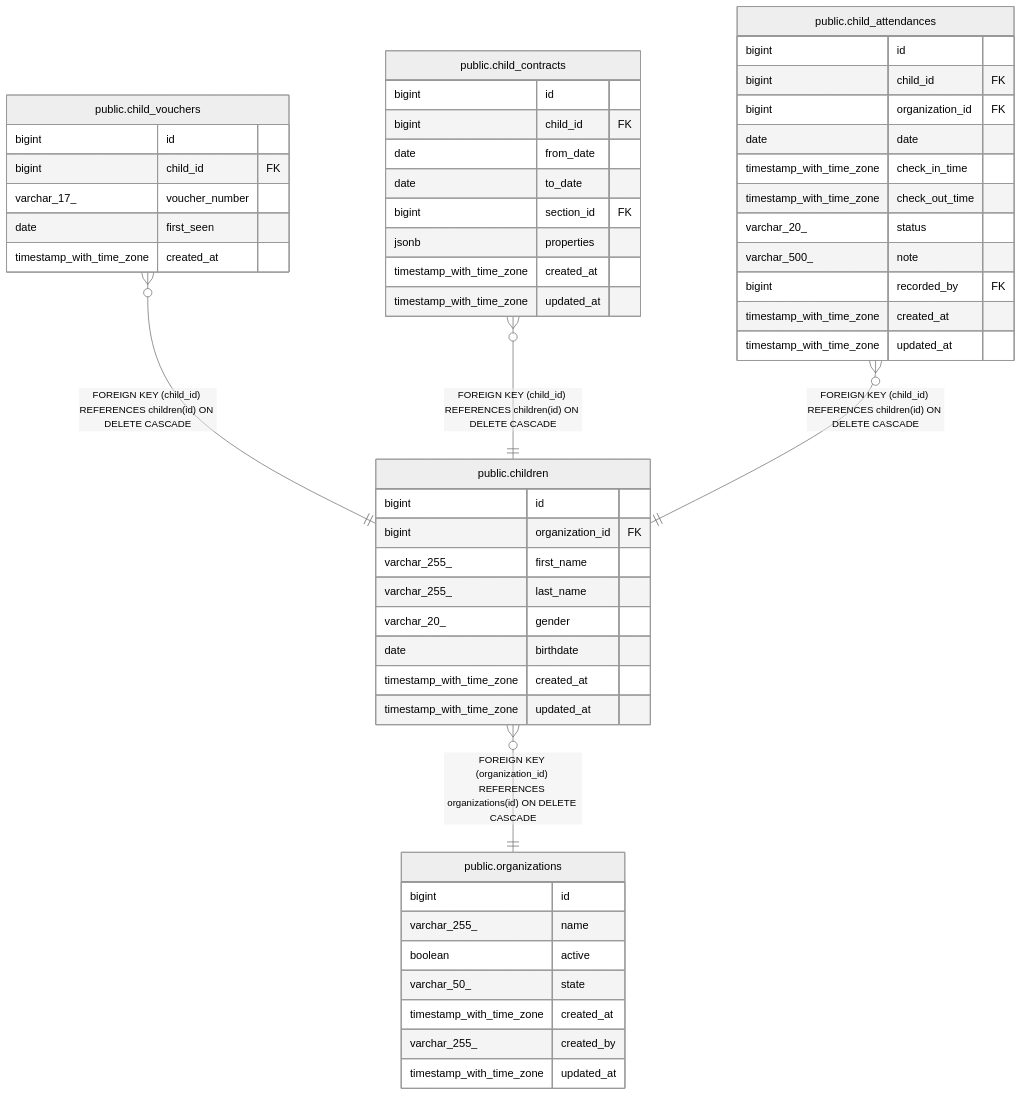
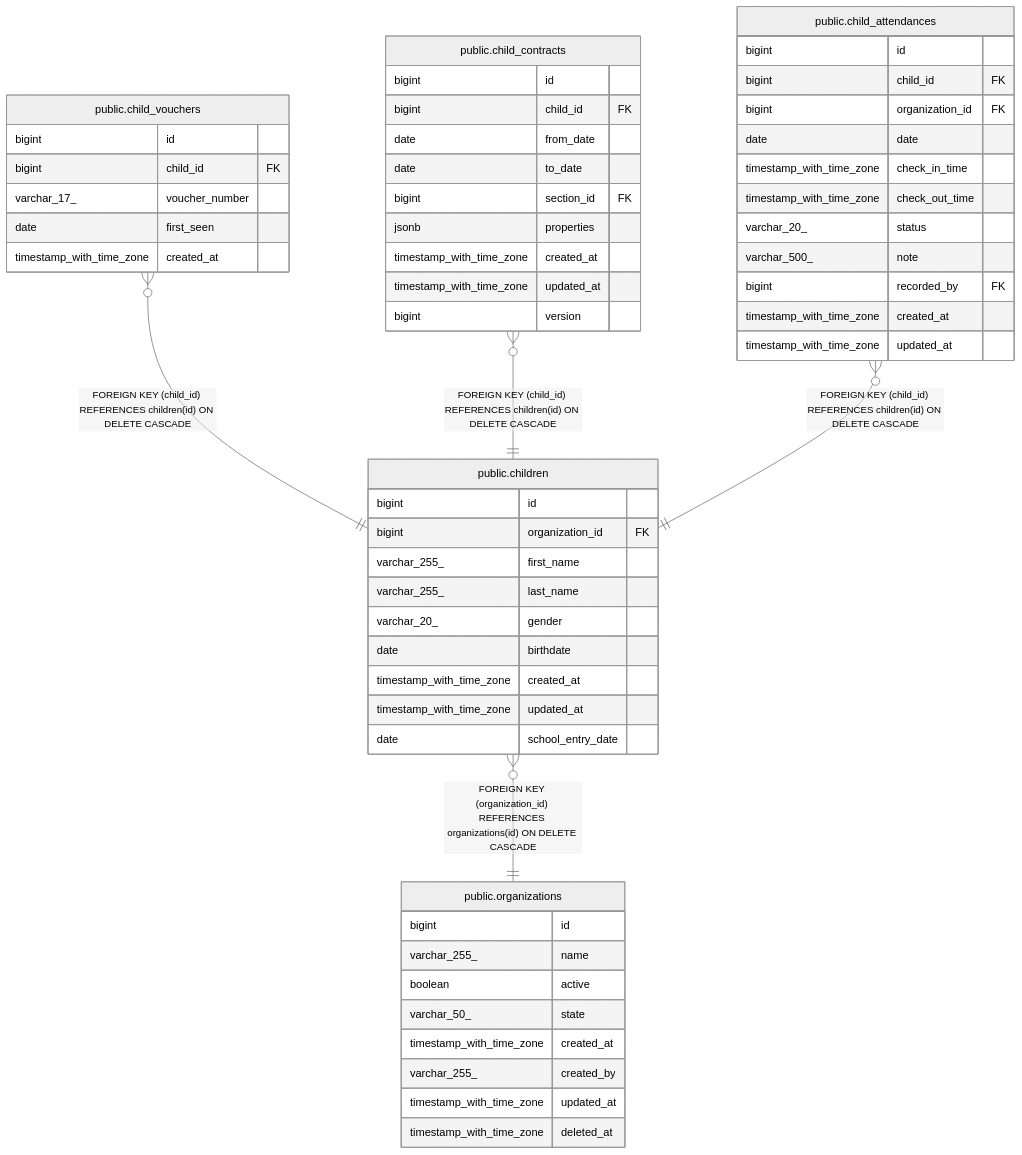
The diagram in docs/schema/public.child_vouchers.md (eenemeene/kitamanager-go), drawn with Mermaid (neutral theme) before and after one commit. The commit also changed other lines of this file and 29 other files, not shown here.

First line of the commit message:
docs(schema): regenerate; the diagram was five tables stale

````diff
--- a/docs/schema/public.child_vouchers.md
+++ b/docs/schema/public.child_vouchers.md
@@ -37,58 +35,61 @@
 ```mermaid
 erDiagram
 
 "public.child_vouchers" }o--|| "public.children" : "FOREIGN KEY (child_id) REFERENCES children(id) ON DELETE CASCADE"
 "public.child_contracts" }o--|| "public.children" : "FOREIGN KEY (child_id) REFERENCES children(id) ON DELETE CASCADE"
 "public.child_attendances" }o--|| "public.children" : "FOREIGN KEY (child_id) REFERENCES children(id) ON DELETE CASCADE"
 "public.children" }o--|| "public.organizations" : "FOREIGN KEY (organization_id) REFERENCES organizations(id) ON DELETE CASCADE"
 
 "public.child_vouchers" {
   bigint id
   bigint child_id FK
   varchar_17_ voucher_number
   date first_seen
   timestamp_with_time_zone created_at
 }
 "public.children" {
   bigint id
   bigint organization_id FK
   varchar_255_ first_name
   varchar_255_ last_name
   varchar_20_ gender
   date birthdate
   timestamp_with_time_zone created_at
   timestamp_with_time_zone updated_at
+  date school_entry_date
 }
 "public.child_contracts" {
   bigint id
   bigint child_id FK
   date from_date
   date to_date
   bigint section_id FK
   jsonb properties
   timestamp_with_time_zone created_at
   timestamp_with_time_zone updated_at
+  bigint version
 }
 "public.child_attendances" {
   bigint id
   bigint child_id FK
   bigint organization_id FK
   date date
   timestamp_with_time_zone check_in_time
   timestamp_with_time_zone check_out_time
   varchar_20_ status
   varchar_500_ note
   bigint recorded_by FK
   timestamp_with_time_zone created_at
   timestamp_with_time_zone updated_at
 }
 "public.organizations" {
   bigint id
   varchar_255_ name
   boolean active
   varchar_50_ state
   timestamp_with_time_zone created_at
   varchar_255_ created_by
   timestamp_with_time_zone updated_at
+  timestamp_with_time_zone deleted_at
 }
 ```
````
